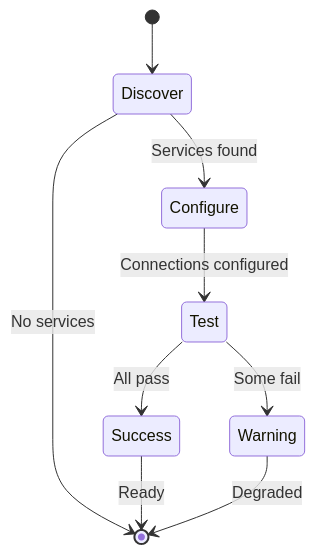
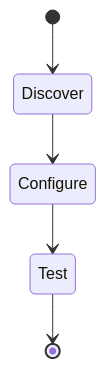
One commit to wisrovi/wpipe changed the fourth of 5 diagrams in examples/api_pipeline/15_service_discovery/README.md. Above: the diagram before and after it, drawn with Mermaid. The commit also changed other lines of this file and 20 other files, not shown here.

First line of the commit message:
Simplify Mermaid diagrams for better rendering

````diff
--- a/examples/api_pipeline/15_service_discovery/README.md
+++ b/examples/api_pipeline/15_service_discovery/README.md
@@ -76,11 +62,7 @@
 ```mermaid
 stateDiagram-v2
     [*] --> Discover
-    Discover --> Configure: Services found
-    Discover --> [*]: No services
-    Configure --> Test: Connections configured
-    Test --> Success: All pass
-    Test --> Warning: Some fail
-    Success --> [*]: Ready
-    Warning --> [*]: Degraded
+    Discover --> Configure
+    Configure --> Test
+    Test --> [*]
 ```
````
